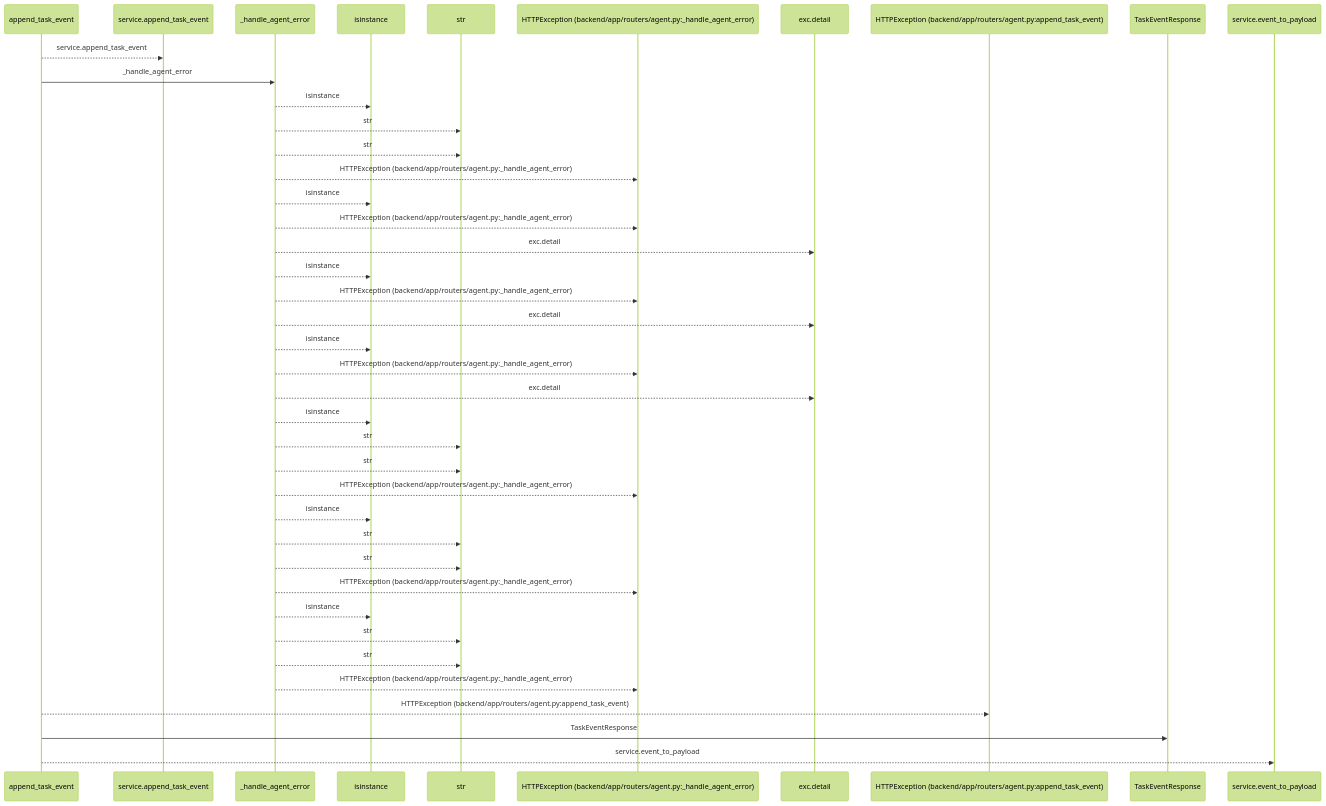
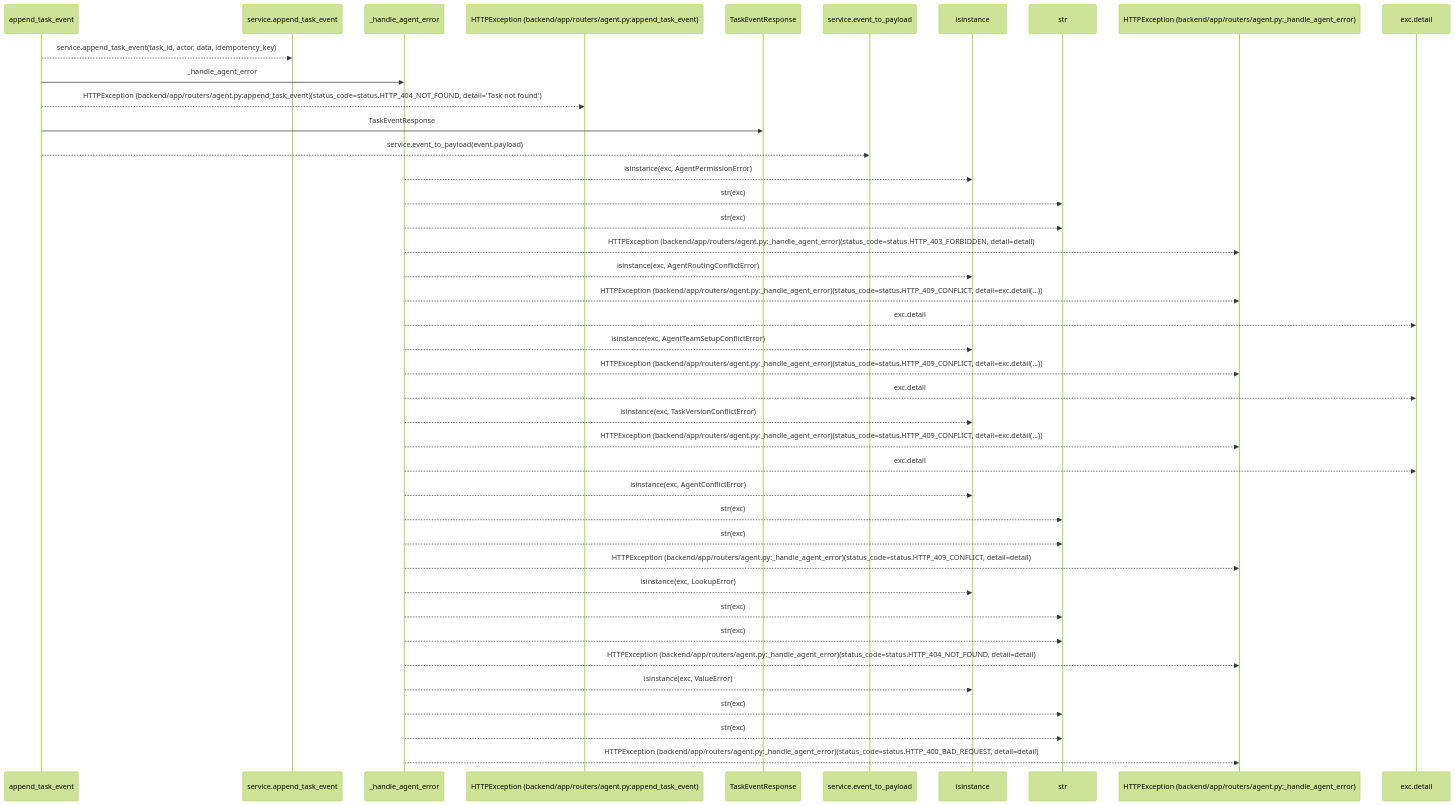
The first of 2 diagrams in docs/llm_wiki/flows/http-append_task_event.md (Denissvgn/WorkChord), drawn with Mermaid (forest theme) before and after one commit. The commit also changed other lines of this file and 25171 other files, not shown here.

````diff
--- a/docs/llm_wiki/flows/http-append_task_event.md
+++ b/docs/llm_wiki/flows/http-append_task_event.md
@@ -10,43 +12,43 @@
 ```mermaid
 sequenceDiagram
     participant p0 as append_task_event
     participant p1 as service.append_task_event
     participant p2 as _handle_agent_error
-    participant p3 as isinstance
-    participant p4 as str
-    participant p5 as HTTPException (backend/app/routers/agent.py:_handle_agent_error)
-    participant p6 as exc.detail
-    participant p7 as HTTPException (backend/app/routers/agent.py:append_task_event)
-    participant p8 as TaskEventResponse
-    participant p9 as service.event_to_payload
-    p0-->>p1: service.append_task_event
+    participant p3 as HTTPException (backend/app/routers/agent.py:append_task_event)
+    participant p4 as TaskEventResponse
+    participant p5 as service.event_to_payload
+    participant p6 as isinstance
+    participant p7 as str
+    participant p8 as HTTPException (backend/app/routers/agent.py:_handle_agent_error)
+    participant p9 as exc.detail
+    p0-->>p1: service.append_task_event(task_id, actor, data, idempotency_key)
     p0->>p2: _handle_agent_error
-    p2-->>p3: isinstance
-    p2-->>p4: str
-    p2-->>p4: str
-    p2-->>p5: HTTPException (backend/app/routers/agent.py:_handle_agent_error)
-    p2-->>p3: isinstance
-    p2-->>p5: HTTPException (backend/app/routers/agent.py:_handle_agent_error)
-    p2-->>p6: exc.detail
-    p2-->>p3: isinstance
-    p2-->>p5: HTTPException (backend/app/routers/agent.py:_handle_agent_error)
-    p2-->>p6: exc.detail
-    p2-->>p3: isinstance
-    p2-->>p5: HTTPException (backend/app/routers/agent.py:_handle_agent_error)
-    p2-->>p6: exc.detail
-    p2-->>p3: isinstance
-    p2-->>p4: str
-    p2-->>p4: str
-    p2-->>p5: HTTPException (backend/app/routers/agent.py:_handle_agent_error)
-    p2-->>p3: isinstance
-    p2-->>p4: str
-    p2-->>p4: str
-    p2-->>p5: HTTPException (backend/app/routers/agent.py:_handle_agent_error)
-    p2-->>p3: isinstance
-    p2-->>p4: str
-    p2-->>p4: str
-    p2-->>p5: HTTPException (backend/app/routers/agent.py:_handle_agent_error)
-    p0-->>p7: HTTPException (backend/app/routers/agent.py:append_task_event)
-    p0->>p8: TaskEventResponse
-    p0-->>p9: service.event_to_payload
+    p0-->>p3: HTTPException (backend/app/routers/agent.py:append_task_event)(status_code=status.HTTP_404_NOT_FOUND, detail='Task not found')
+    p0->>p4: TaskEventResponse
+    p0-->>p5: service.event_to_payload(event.payload)
+    p2-->>p6: isinstance(exc, AgentPermissionError)
+    p2-->>p7: str(exc)
+    p2-->>p7: str(exc)
+    p2-->>p8: HTTPException (backend/app/routers/agent.py:_handle_agent_error)(status_code=status.HTTP_403_FORBIDDEN, detail=detail)
+    p2-->>p6: isinstance(exc, AgentRoutingConflictError)
+    p2-->>p8: HTTPException (backend/app/routers/agent.py:_handle_agent_error)(status_code=status.HTTP_409_CONFLICT, detail=exc.detail(...))
+    p2-->>p9: exc.detail
+    p2-->>p6: isinstance(exc, AgentTeamSetupConflictError)
+    p2-->>p8: HTTPException (backend/app/routers/agent.py:_handle_agent_error)(status_code=status.HTTP_409_CONFLICT, detail=exc.detail(...))
+    p2-->>p9: exc.detail
+    p2-->>p6: isinstance(exc, TaskVersionConflictError)
+    p2-->>p8: HTTPException (backend/app/routers/agent.py:_handle_agent_error)(status_code=status.HTTP_409_CONFLICT, detail=exc.detail(...))
+    p2-->>p9: exc.detail
+    p2-->>p6: isinstance(exc, AgentConflictError)
+    p2-->>p7: str(exc)
+    p2-->>p7: str(exc)
+    p2-->>p8: HTTPException (backend/app/routers/agent.py:_handle_agent_error)(status_code=status.HTTP_409_CONFLICT, detail=detail)
+    p2-->>p6: isinstance(exc, LookupError)
+    p2-->>p7: str(exc)
+    p2-->>p7: str(exc)
+    p2-->>p8: HTTPException (backend/app/routers/agent.py:_handle_agent_error)(status_code=status.HTTP_404_NOT_FOUND, detail=detail)
+    p2-->>p6: isinstance(exc, ValueError)
+    p2-->>p7: str(exc)
+    p2-->>p7: str(exc)
+    p2-->>p8: HTTPException (backend/app/routers/agent.py:_handle_agent_error)(status_code=status.HTTP_400_BAD_REQUEST, detail=detail)
 ```
````
